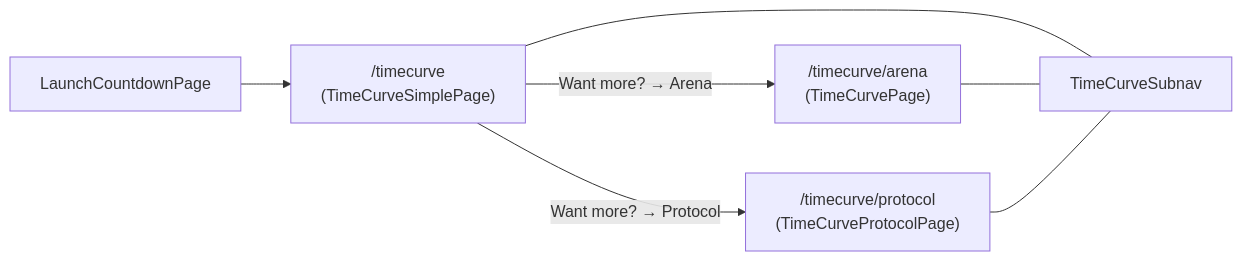
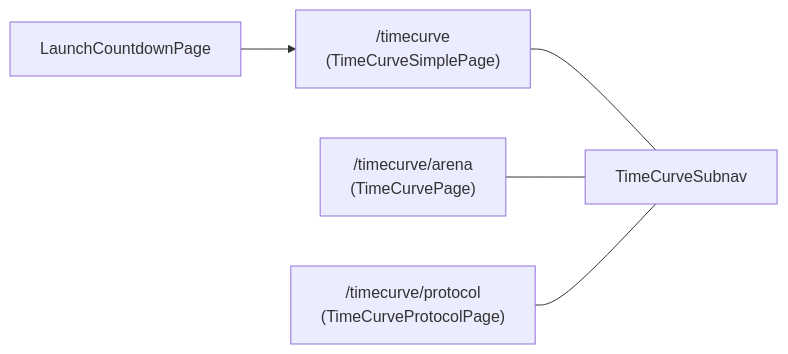
The diagram in docs/frontend/timecurve-views.md (PlasticDigits/yieldomega), drawn with Mermaid before and after one commit. The commit also changed other lines of this file and 5 other files, not shown here.

````diff
--- a/docs/frontend/timecurve-views.md
+++ b/docs/frontend/timecurve-views.md
@@ -36,13 +36,11 @@
 ```mermaid
 flowchart LR
   Launch[LaunchCountdownPage] --> Simple
   Simple["/timecurve\n(TimeCurveSimplePage)"]
   Arena["/timecurve/arena\n(TimeCurvePage)"]
   Proto["/timecurve/protocol\n(TimeCurveProtocolPage)"]
   Subnav[TimeCurveSubnav]
   Simple --- Subnav
   Arena --- Subnav
   Proto --- Subnav
-  Simple -- "Want more? → Arena" --> Arena
-  Simple -- "Want more? → Protocol" --> Proto
 ```
````
